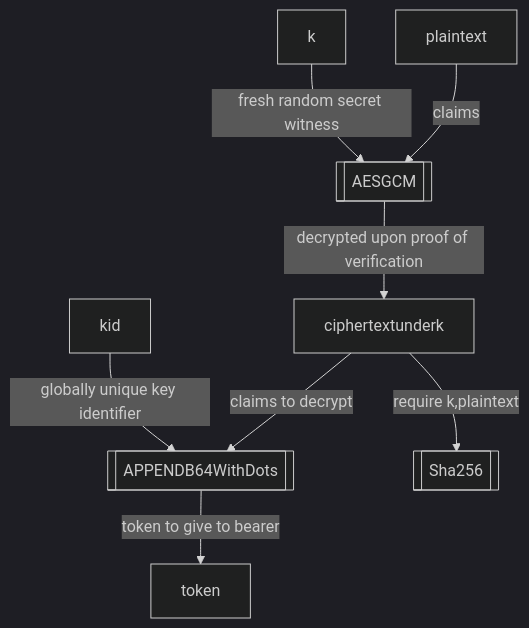
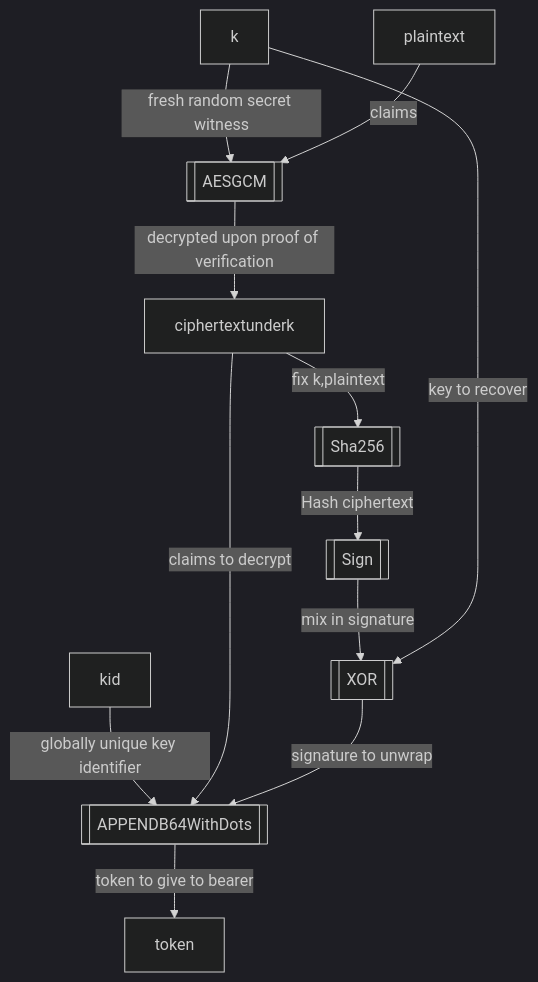
The second of 2 diagrams in README.md (rfielding/whiskeyTango), drawn with Mermaid (dark theme) before and after one commit.

Commit message:
update diagram

````diff
--- a/README.md
+++ b/README.md
@@ -94,13 +94,19 @@
 ```mermaid
 flowchart TB
   AESGCM[[AESGCM]]
   APPENDB64WithDots[[APPENDB64WithDots]]
   k-- fresh random secret witness -->AESGCM
   plaintext-- claims -->AESGCM
   AESGCM-- decrypted upon proof of verification -->ciphertextunderk
   kid-- globally unique key identifier -->APPENDB64WithDots
   ciphertextunderk-- claims to decrypt -->APPENDB64WithDots
   APPENDB64WithDots-- token to give to bearer -->token
   Sha256[[Sha256]]
-  ciphertextunderk-- require k,plaintext -->Sha256
+  ciphertextunderk-- fix k,plaintext -->Sha256
+  XOR[[XOR]]
+  Sign[[Sign]]
+  Sha256-- Hash ciphertext  -->Sign
+  Sign-- mix in signature -->XOR
+  k-- key to recover -->XOR
+  XOR-- signature to unwrap -->APPENDB64WithDots
 ```
````
